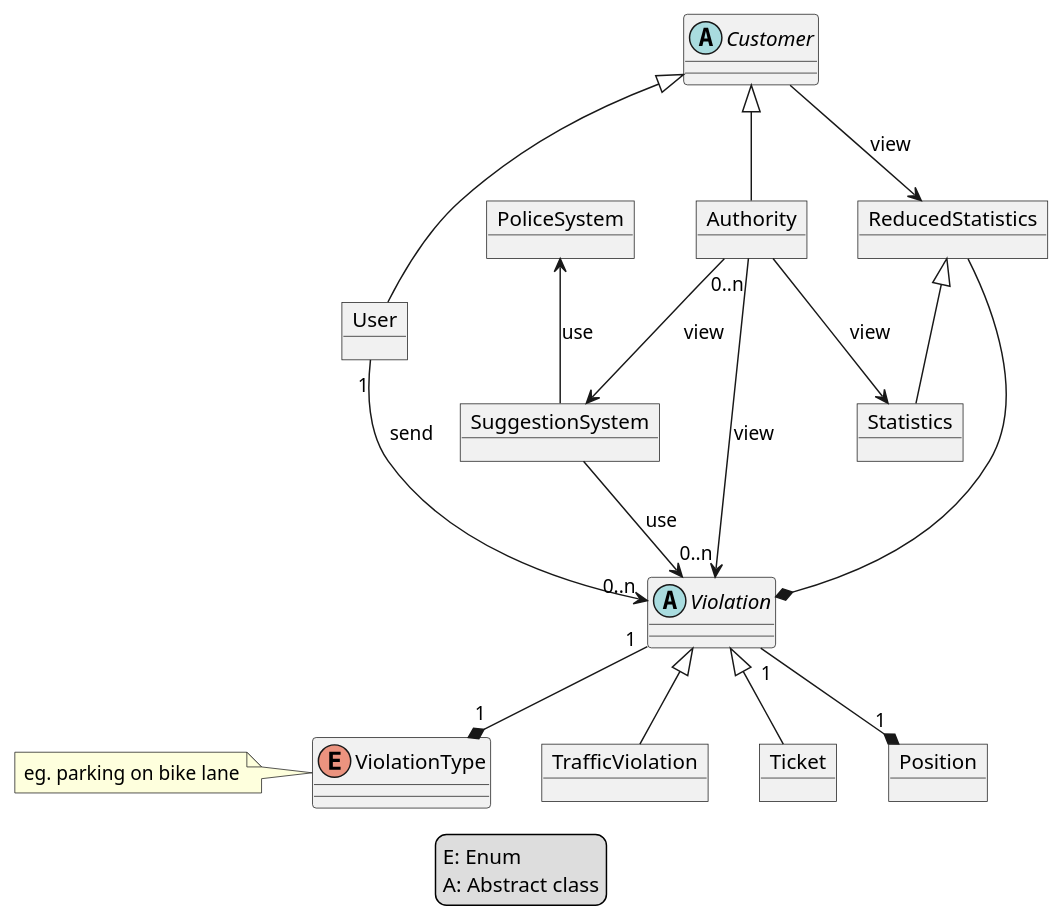
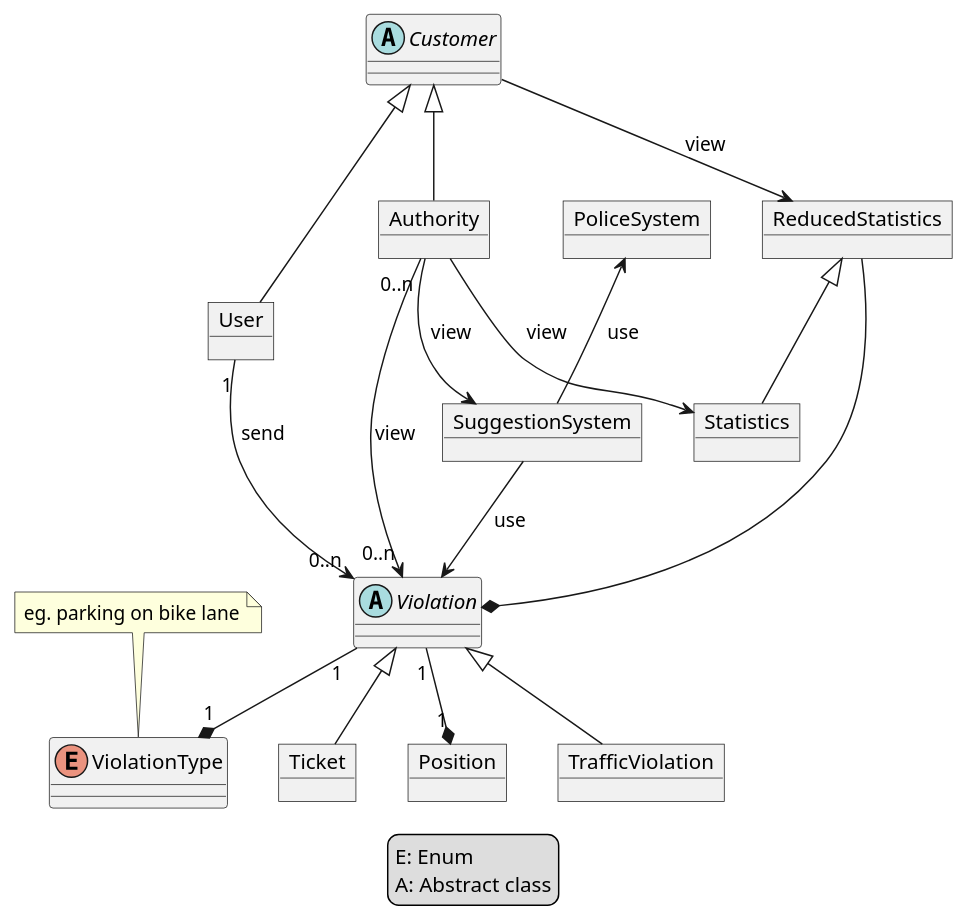
The diagram in RASD/materials/uml/classDiagram.wsd (GiorgioUghini/SafeStreets), drawn with PlantUML before and after one commit. The commit also changed 4 other files, not shown here.

Commit message:
Fix note in class diagram

```diff
--- a/RASD/materials/uml/classDiagram.wsd
+++ b/RASD/materials/uml/classDiagram.wsd
@@ -1,41 +1,41 @@
 @startuml Class Diagram
 
 legend
     E: Enum
     A: Abstract class
 end legend
 
 skinparam packageStyle rect
 
 abstract Customer
 object User
 object Authority
 abstract Violation
 enum ViolationType
 object TrafficViolation
 object Ticket
 object Position
 object ReducedStatistics
 object Statistics
 object SuggestionSystem
 object PoliceSystem
 
-note left of ViolationType : eg. parking on bike lane
+note top of ViolationType : eg. parking on bike lane
 
 Customer <|-- User
 Customer <|-- Authority
 Customer --> ReducedStatistics : view
 ReducedStatistics --* Violation
 ReducedStatistics <|-- Statistics
 Authority --> Statistics : view
 User "1" --> "0..n" Violation : send
 Authority "0..n" --> "0..n" Violation : view
 Authority --> SuggestionSystem : view
 SuggestionSystem --> Violation : "use"
 PoliceSystem <-- SuggestionSystem : "use"
 Violation <|-- TrafficViolation
 Violation <|-- Ticket
 Violation "1" --* "1" ViolationType
 Violation "1" --* "1" Position
 
 @enduml
```
